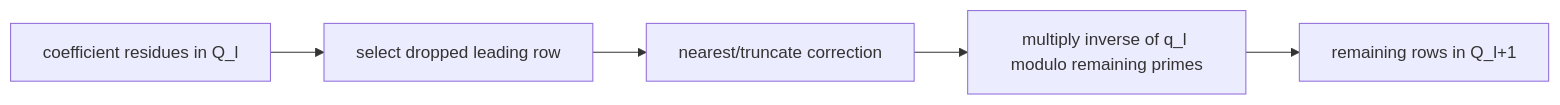
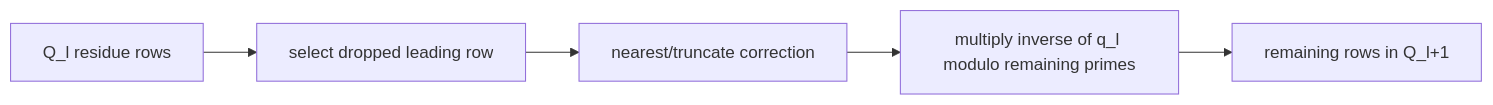
One commit to visualDust/fhelium changed the seventh of 7 diagrams in docs/developer/multiplication-keyswitch-rescale.md. Above: the diagram before and after it, drawn with Mermaid. The commit also changed other lines of this file and 64 other files, not shown here.

````diff
--- a/docs/developer/multiplication-keyswitch-rescale.md
+++ b/docs/developer/multiplication-keyswitch-rescale.md
@@ -184,9 +240,9 @@
 ```mermaid
 flowchart LR
-    IN[coefficient residues in Q_l]
+    IN[Q_l residue rows]
     DROP[select dropped leading row]
     ROUND[nearest/truncate correction]
     INV[multiply inverse of q_l modulo remaining primes]
     OUT[remaining rows in Q_l+1]
     IN --> DROP --> ROUND --> INV --> OUT
 ```
````
